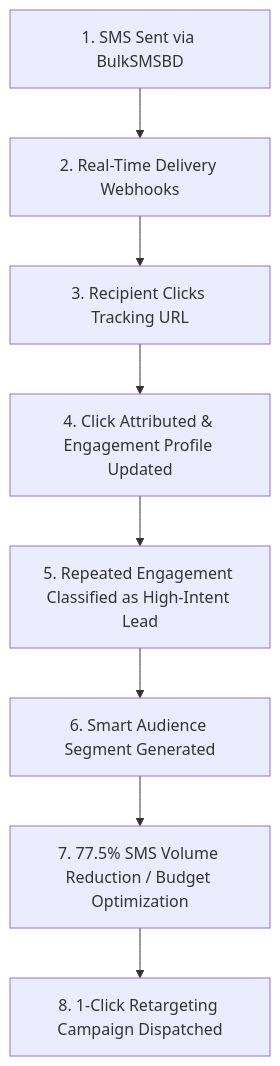
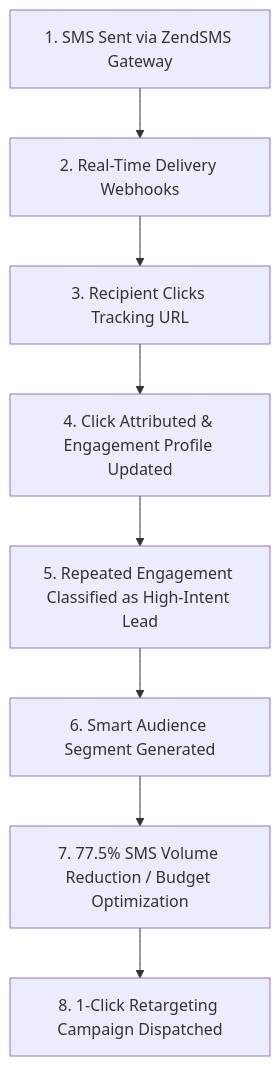
One commit to EasinArafatDeveloper/sms-campain changed the diagram in README.md. Above: the diagram before and after it, drawn with Mermaid. The commit also changed other lines of this file and 16 other files, not shown here.

Commit message:
feat: complete removal of BulkSMSBD across database, routes, models, and UI, fully replacing with ZendSMS

````diff
--- a/README.md
+++ b/README.md
@@ -9,10 +9,10 @@
 ```mermaid
 graph TD
-    A[1. SMS Sent via BulkSMSBD] --> B[2. Real-Time Delivery Webhooks]
+    A[1. SMS Sent via ZendSMS Gateway] --> B[2. Real-Time Delivery Webhooks]
     B --> C[3. Recipient Clicks Tracking URL]
     C --> D[4. Click Attributed & Engagement Profile Updated]
     D --> E[5. Repeated Engagement Classified as High-Intent Lead]
     E --> F[6. Smart Audience Segment Generated]
     F --> G[7. 77.5% SMS Volume Reduction / Budget Optimization]
     G --> H[8. 1-Click Retargeting Campaign Dispatched]
 ```
````
